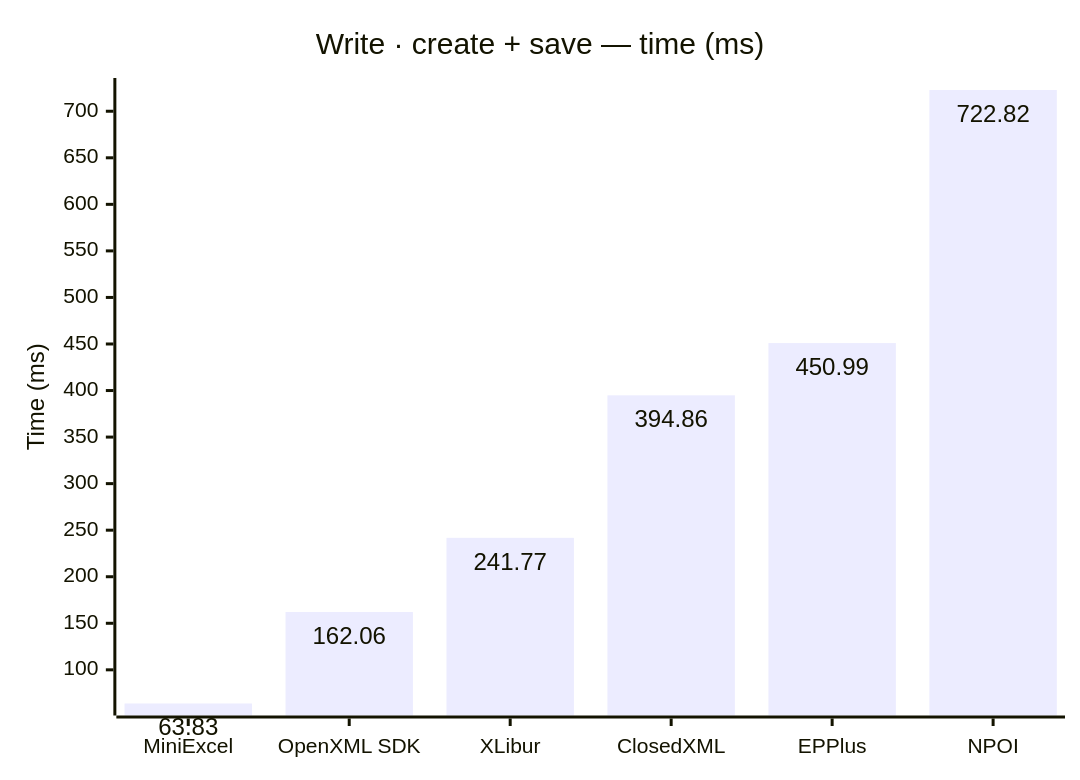
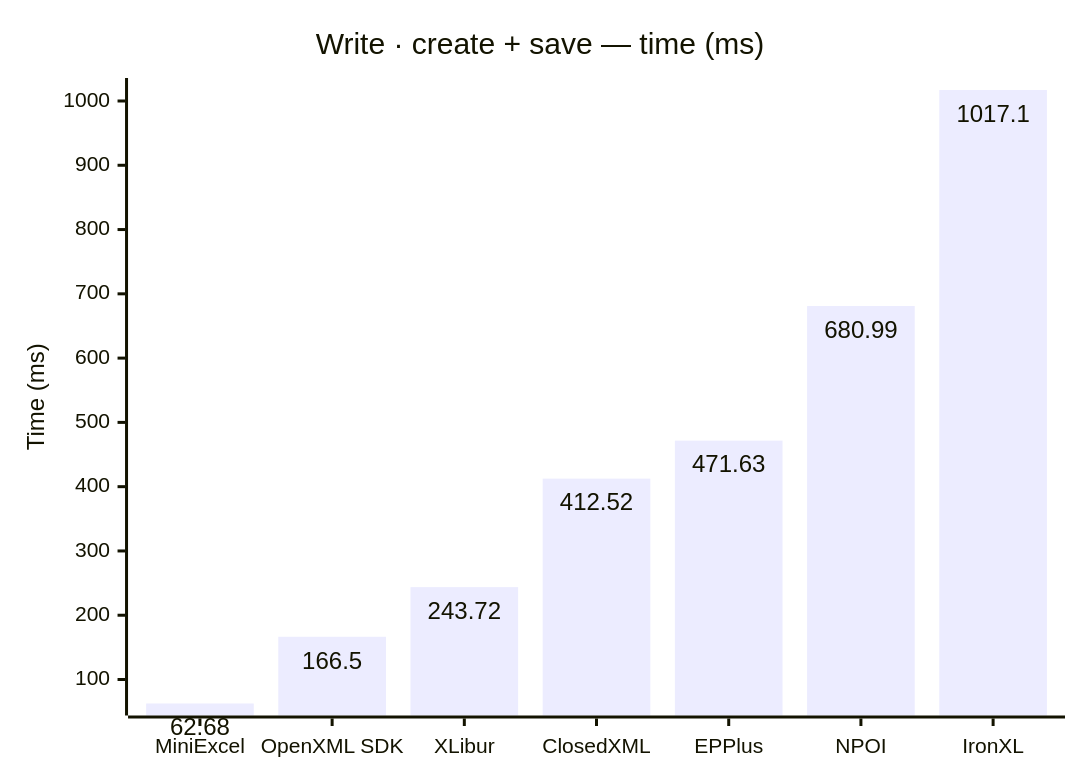
One commit to jafin/XLBench changed the fifth of 8 diagrams in docs/results.md. Above: the diagram before and after it, drawn with Mermaid. The commit also changed other lines of this file and 17 other files, not shown here.

````diff
--- a/docs/results.md
+++ b/docs/results.md
@@ -86,12 +87,12 @@
 ```mermaid
 ---
 config:
   xyChart:
     showDataLabel: true
 ---
 xychart-beta
     title "Write · create + save — time (ms)"
-    x-axis ["MiniExcel", "OpenXML SDK", "XLibur", "ClosedXML", "EPPlus", "NPOI"]
+    x-axis ["MiniExcel", "OpenXML SDK", "XLibur", "ClosedXML", "EPPlus", "NPOI", "IronXL"]
     y-axis "Time (ms)"
-    bar [63.83, 162.06, 241.77, 394.86, 450.99, 722.82]
+    bar [62.68, 166.5, 243.72, 412.52, 471.63, 680.99, 1017.1]
 ```
````
